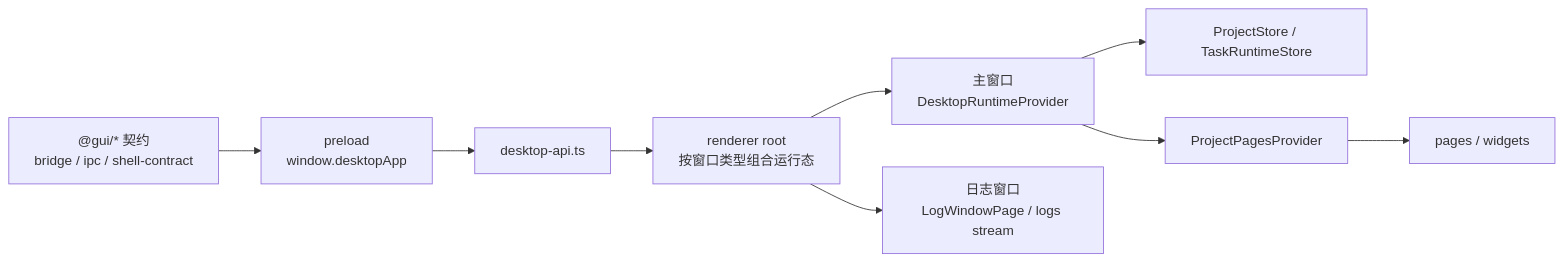
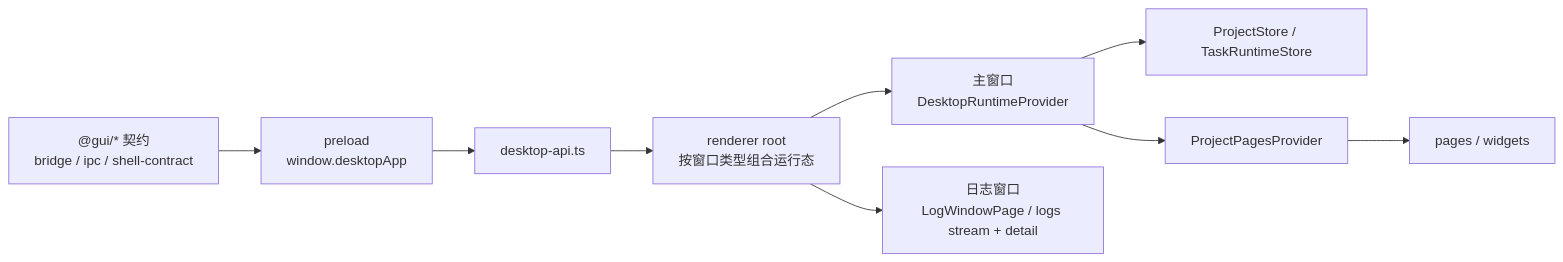
One commit to neavo/LinguaGacha changed the diagram in docs/FRONTEND.md. Above: the diagram before and after it, drawn with Mermaid. The commit also changed other lines of this file and 15 other files, not shown here.

````diff
--- a/docs/FRONTEND.md
+++ b/docs/FRONTEND.md
@@ -7,11 +7,11 @@
 ```mermaid
 flowchart LR
   Contract["@gui/* 契约<br/>bridge / ipc / shell-contract"] --> Preload["preload<br/>window.desktopApp"]
   Preload --> API["desktop-api.ts"]
   API --> Root["renderer root<br/>按窗口类型组合运行态"]
   Root --> Runtime["主窗口<br/>DesktopRuntimeProvider"]
-  Root --> Logs["日志窗口<br/>LogWindowPage / logs stream"]
+  Root --> Logs["日志窗口<br/>LogWindowPage / logs stream + detail"]
   Runtime --> Store["ProjectStore / TaskRuntimeStore"]
   Runtime --> PagesRuntime["ProjectPagesProvider"]
   PagesRuntime --> Pages["pages / widgets"]
 ```
````
